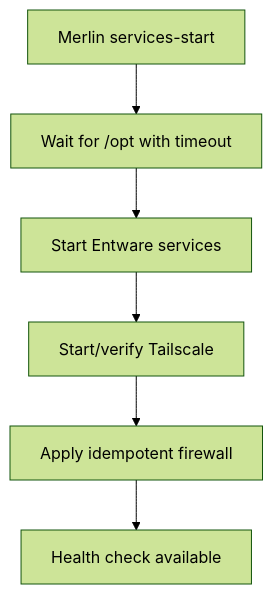
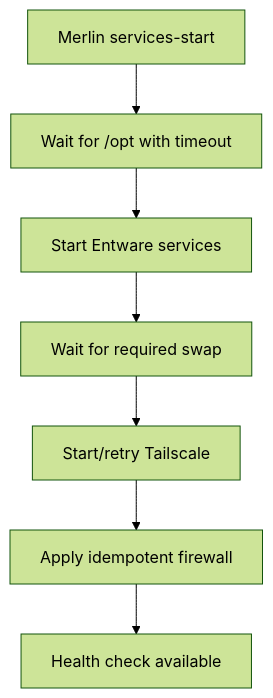
Before and after one commit to wojko6/Advanced-ASUS-Edge-Gateway-ZTNA-Infrastructure: the third of 3 diagrams in docs/architecture.md, drawn with Mermaid (forest theme). The commit also changed other lines of this file and 8 other files, not shown here.

First line of the commit message:
fix: harden Tailscale startup with swap readiness (#26)

````diff
--- a/docs/architecture.md
+++ b/docs/architecture.md
@@ -54,8 +54,9 @@
 ```mermaid
 flowchart TD
     B["Merlin services-start"] --> W["Wait for /opt with timeout"]
     W --> E["Start Entware services"]
-    E --> T["Start/verify Tailscale"]
+    E --> S["Wait for required swap"]
+    S --> T["Start/retry Tailscale"]
     T --> F["Apply idempotent firewall"]
     F --> H["Health check available"]
 ```
````
